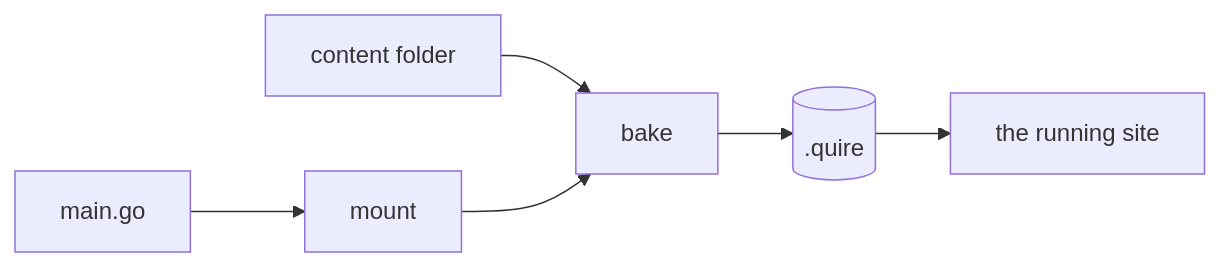
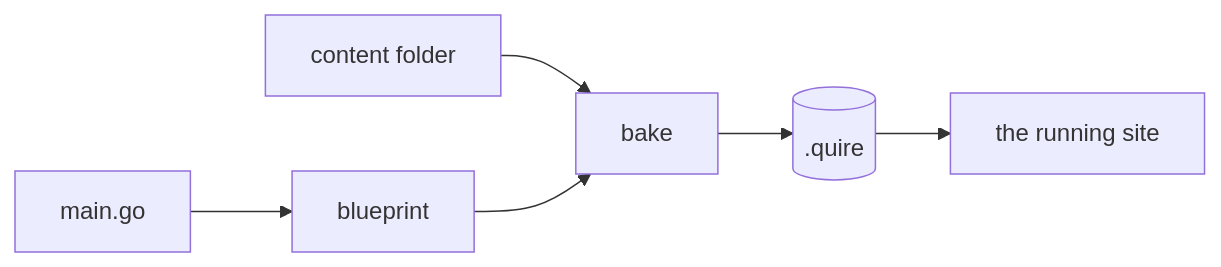
Before and after one commit to lahickey/quire: the diagram in site/content/docs/getting-started.md, drawn with Mermaid. The commit also changed other lines of this file and 42 other files, not shown here.

````diff
--- a/site/content/docs/getting-started.md
+++ b/site/content/docs/getting-started.md
@@ -106,8 +106,8 @@
 ```mermaid
 flowchart LR
-  main[main.go] --> mount
+  main[main.go] --> blueprint
   content[content folder] --> bake
-  mount --> bake
+  blueprint --> bake
   bake --> bundle[(.quire)]
   bundle --> serve[the running site]
 ```
````
